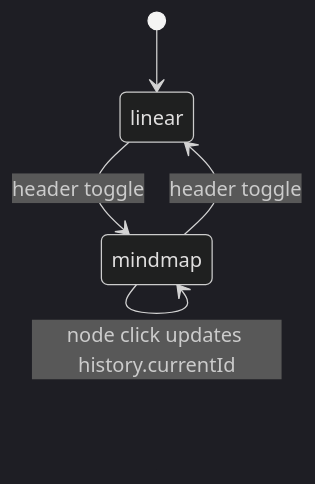
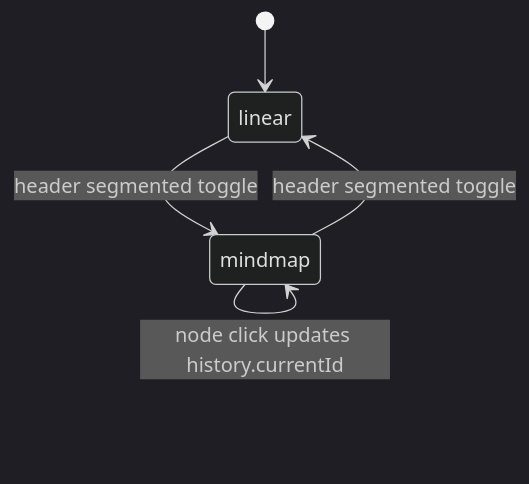
Before and after one commit to trinhtanphat/open-webui: the second of 4 diagrams in AI_CONTEXT.md, drawn with Mermaid (dark theme). The commit also changed other lines of this file and 9 other files, not shown here.

````diff
--- a/AI_CONTEXT.md
+++ b/AI_CONTEXT.md
@@ -110,7 +139,7 @@
 ```mermaid
 stateDiagram-v2
   [*] --> linear
-  linear --> mindmap: header toggle
-  mindmap --> linear: header toggle
+  linear --> mindmap: header segmented toggle
+  mindmap --> linear: header segmented toggle
   mindmap --> mindmap: node click updates history.currentId
 ```
````
